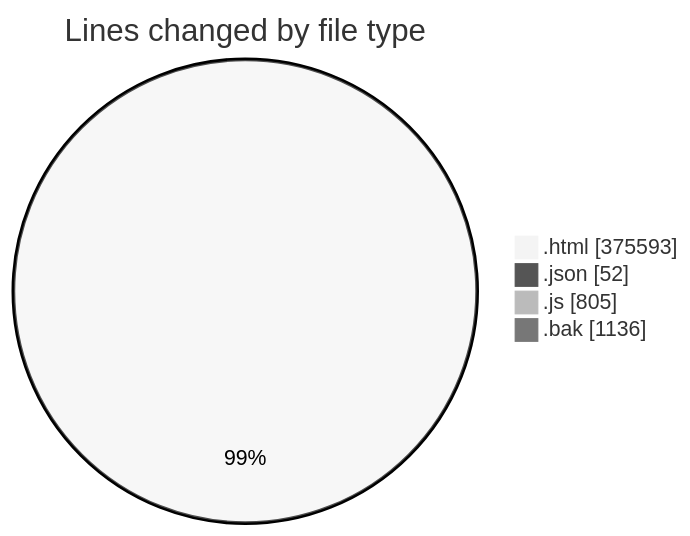
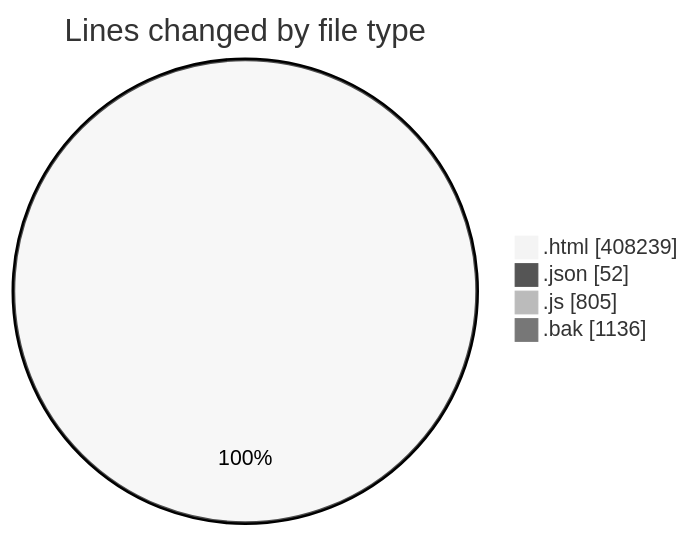
The first of 2 diagrams in 2025-09-16/www/README.md (vahidmafi/code-tracking), drawn with Mermaid (neutral theme) before and after one commit. The commit also changed other lines of this file and 1 other file, not shown here.

````diff
--- a/2025-09-16/www/README.md
+++ b/2025-09-16/www/README.md
@@ -538,8 +573,8 @@
 ```mermaid
 pie showData
 title Lines changed by file type
-".html" : 375593
+".html" : 408239
 ".json" : 52
 ".js" : 805
 ".bak" : 1136
 ```
````
